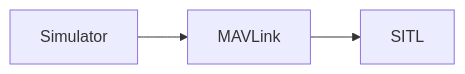
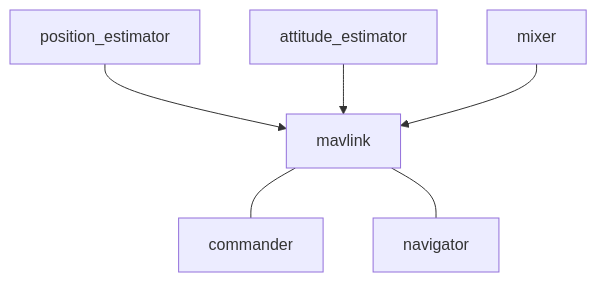
The second of 2 diagrams in book/concept-architecture.md (zcdong/Devguide), drawn with Mermaid before and after one commit. The commit also changed other lines of this file and 16 other files, not shown here.

````diff
--- a/book/concept-architecture.md
+++ b/book/concept-architecture.md
@@ -23,5 +35,8 @@
 ```mermaid
-graph LR;
-  Simulator-->MAVLink;
-  MAVLink-->SITL;
+graph TD;
+  mavlink---commander;
+  mavlink---navigator;
+  position_estimator-->mavlink;
+  attitude_estimator-->mavlink;
+  mixer-->mavlink;
 ```
````
